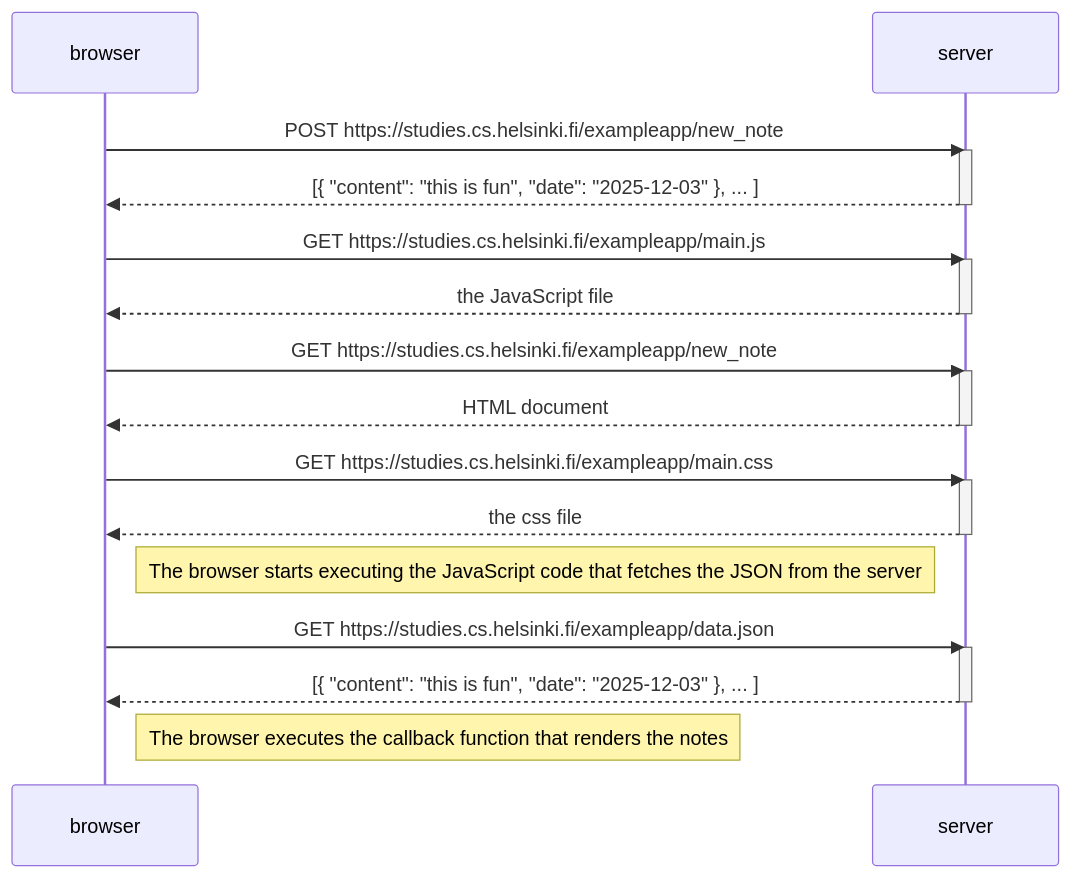
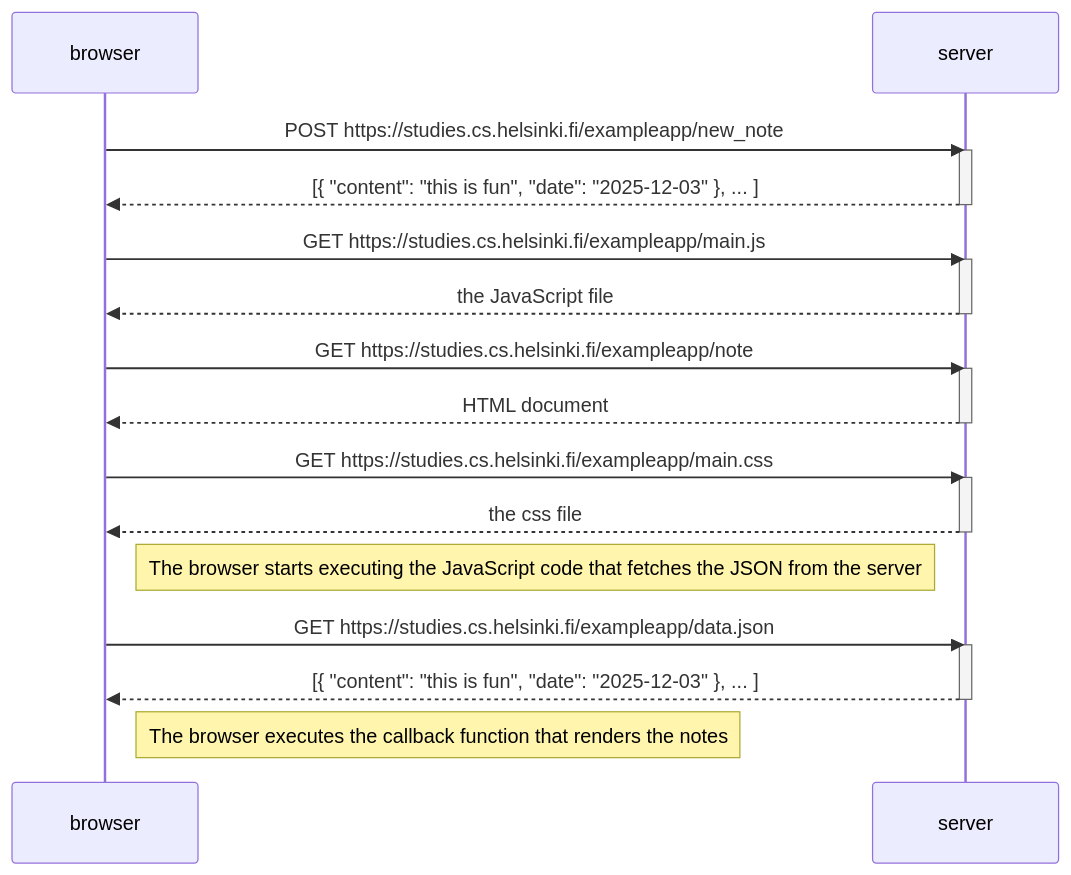
The diagram in README.md (byteGabo/wordtest), drawn with Mermaid before and after one commit.

````diff
--- a/README.md
+++ b/README.md
@@ -1,37 +1,37 @@
  ```mermaid
 
 sequenceDiagram
     participant browser
     participant server
 
     browser->>server: POST https://studies.cs.helsinki.fi/exampleapp/new_note
     activate server
     server-->>browser: [{ "content": "this is fun", "date": "2025-12-03" }, ... ]
     deactivate server
 
     browser->>server: GET https://studies.cs.helsinki.fi/exampleapp/main.js
     activate server
     server-->>browser: the JavaScript file
     deactivate server
 
-    browser->>server: GET https://studies.cs.helsinki.fi/exampleapp/new_note
+    browser->>server: GET https://studies.cs.helsinki.fi/exampleapp/note
     activate server
     server-->>browser: HTML document
     deactivate server
 
     browser->>server: GET https://studies.cs.helsinki.fi/exampleapp/main.css
     activate server
     server-->>browser: the css file
     deactivate server
 
     Note right of browser: The browser starts executing the JavaScript code that fetches the JSON from the server
 
     browser->>server: GET https://studies.cs.helsinki.fi/exampleapp/data.json
     activate server
     server-->>browser: [{ "content": "this is fun", "date": "2025-12-03" }, ... ]
     deactivate server
 
     Note right of browser: The browser executes the callback function that renders the notes
 
 
 ```
````
